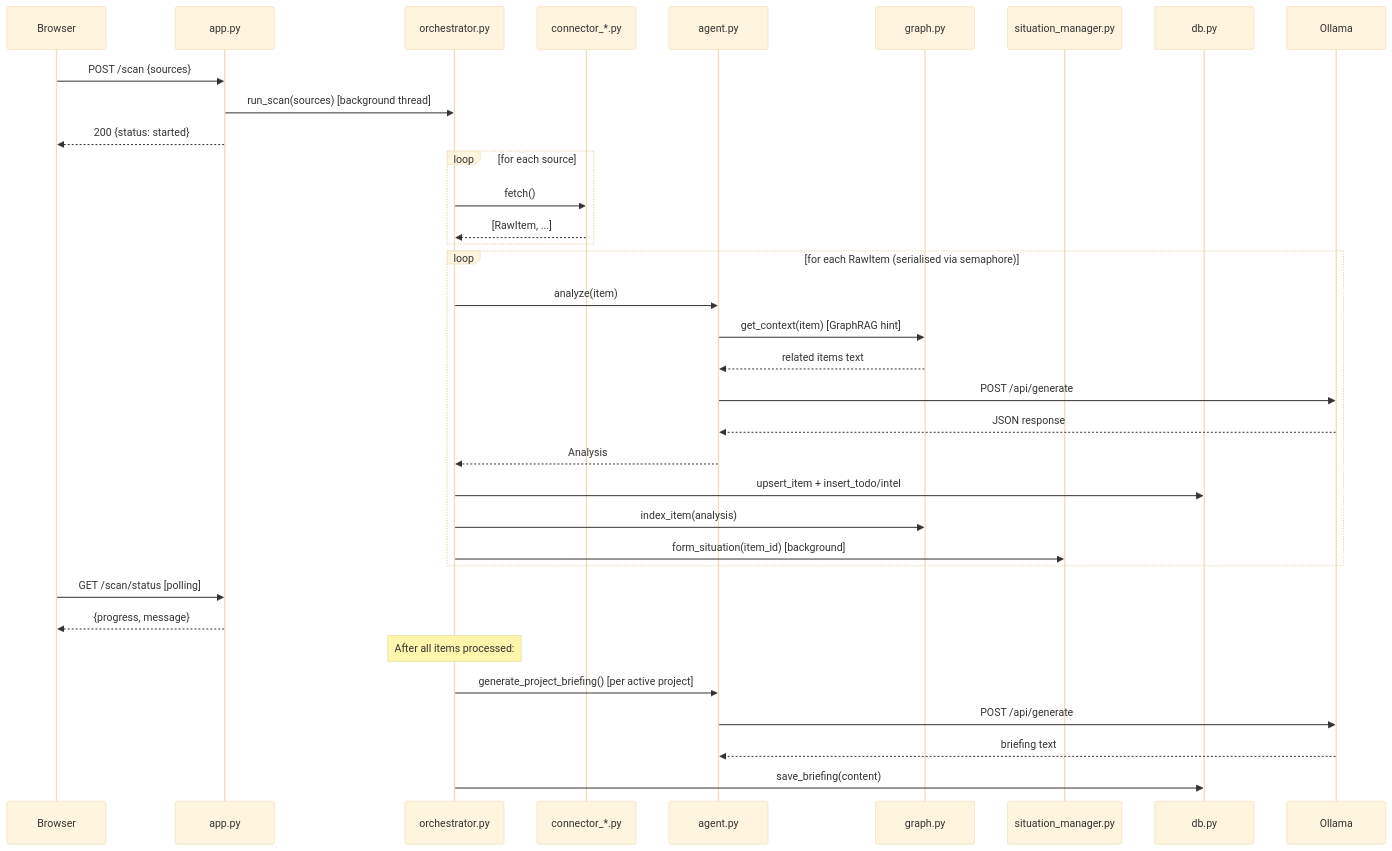
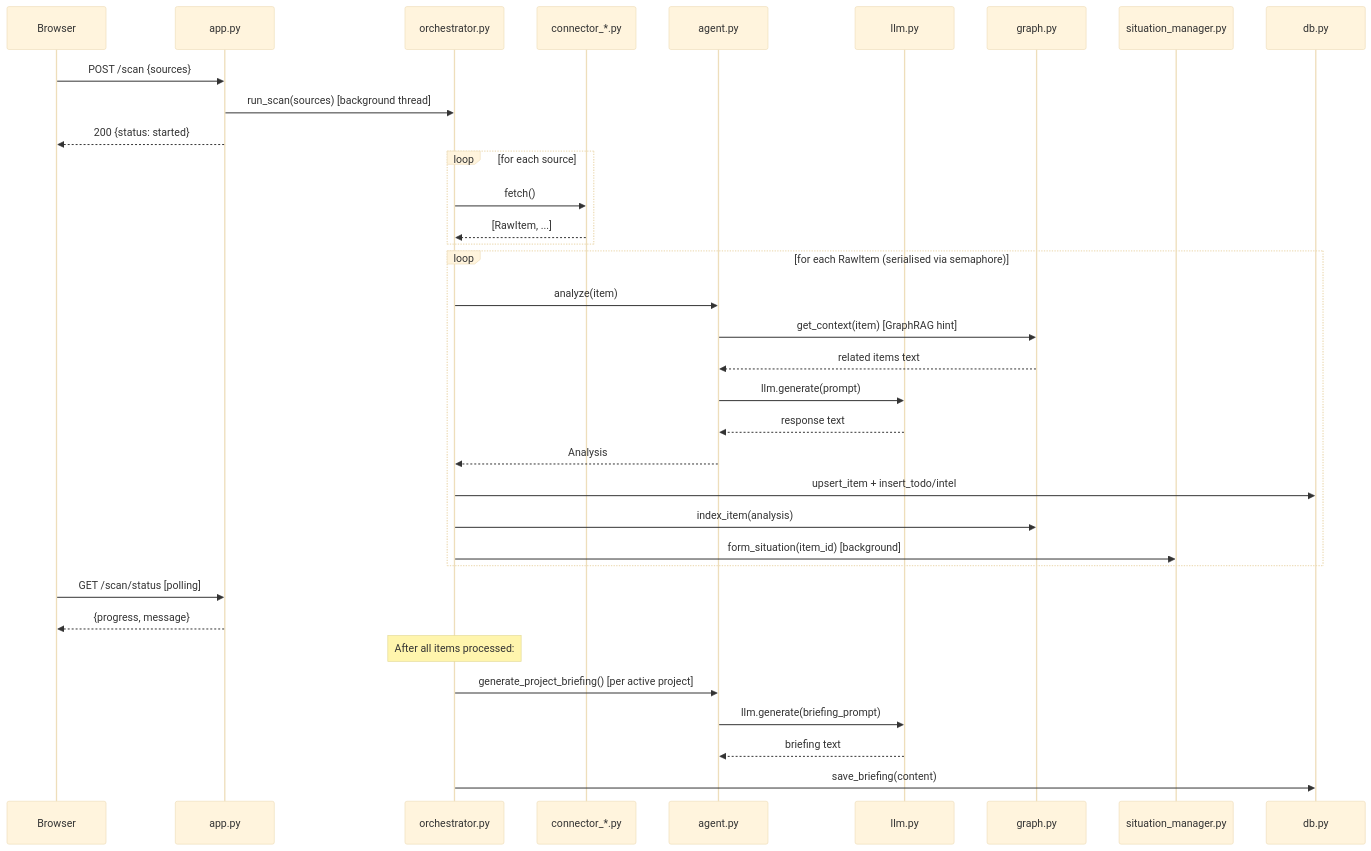
One commit to rcanterberryhall/hexcaliper-squire changed the second of 10 diagrams in DESIGN.md. Above: the diagram before and after it, drawn with Mermaid (base theme). The commit also changed other lines of this file and 2 other files, not shown here.

Commit message:
docs: document configurable analysis provider (llm.py)
Update README, DESIGN, and INSTRUCTIONS to cover the new provider
abstraction layer supporting Ollama local, Ollama Cloud, and Claude API.

````diff
--- a/DESIGN.md
+++ b/DESIGN.md
@@ -81,41 +82,42 @@
 ```mermaid
 sequenceDiagram
     participant UI as Browser
     participant API as app.py
     participant Orch as orchestrator.py
     participant Conn as connector_*.py
     participant Agent as agent.py
+    participant LLM as llm.py
     participant Graph as graph.py
     participant Sit as situation_manager.py
     participant DB as db.py
 
     UI->>API: POST /scan {sources}
     API->>Orch: run_scan(sources) [background thread]
     API-->>UI: 200 {status: started}
 
     loop for each source
         Orch->>Conn: fetch()
         Conn-->>Orch: [RawItem, ...]
     end
 
     loop for each RawItem (serialised via semaphore)
         Orch->>Agent: analyze(item)
         Agent->>Graph: get_context(item) [GraphRAG hint]
         Graph-->>Agent: related items text
-        Agent->>Ollama: POST /api/generate
-        Ollama-->>Agent: JSON response
+        Agent->>LLM: llm.generate(prompt)
+        LLM-->>Agent: response text
         Agent-->>Orch: Analysis
         Orch->>DB: upsert_item + insert_todo/intel
         Orch->>Graph: index_item(analysis)
         Orch->>Sit: form_situation(item_id) [background]
     end
 
     UI->>API: GET /scan/status [polling]
     API-->>UI: {progress, message}
 
     Note over Orch: After all items processed:
     Orch->>Agent: generate_project_briefing() [per active project]
-    Agent->>Ollama: POST /api/generate
-    Ollama-->>Agent: briefing text
+    Agent->>LLM: llm.generate(briefing_prompt)
+    LLM-->>Agent: briefing text
     Orch->>DB: save_briefing(content)
 ```
````
